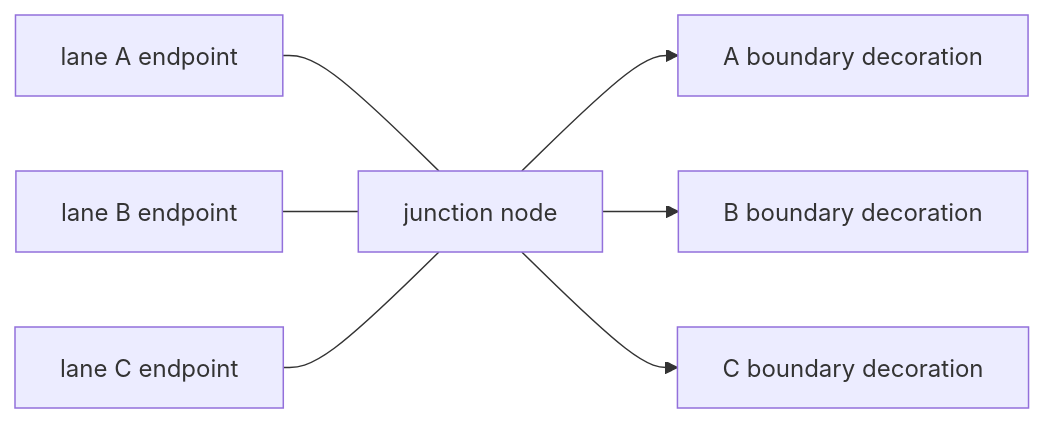
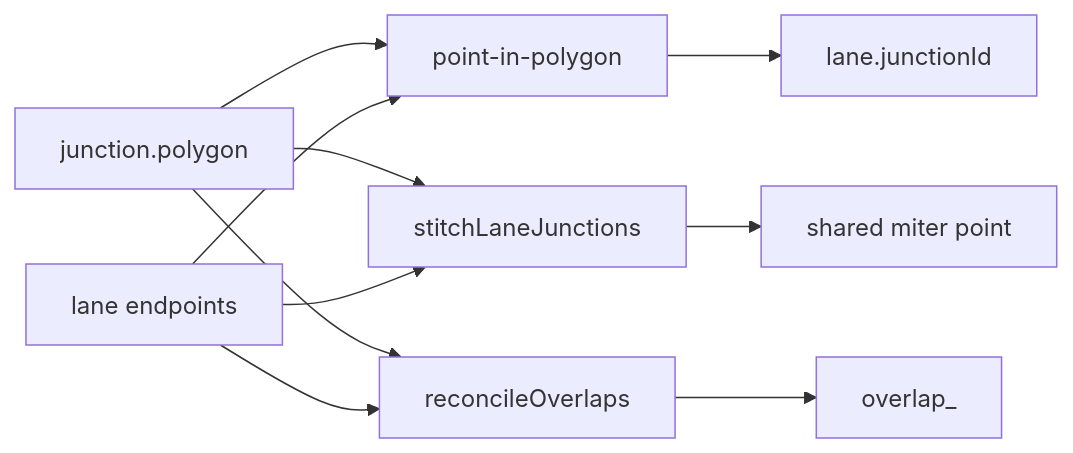
The first of 4 diagrams in docs/guide/topology-and-junctions.md (SakuraPuare/apollo-map-studio), drawn with Mermaid before and after one commit. The commit also changed other lines of this file and 414 other files, not shown here.

````diff
--- a/docs/guide/topology-and-junctions.md
+++ b/docs/guide/topology-and-junctions.md
@@ -133,9 +12,12 @@
 ```mermaid
-graph LR
-  L1[lane A endpoint] --- J1[junction node]
-  L2[lane B endpoint] --- J1
-  L3[lane C endpoint] --- J1
-  J1 --> Decor1[A boundary decoration]
-  J1 --> Decor2[B boundary decoration]
-  J1 --> Decor3[C boundary decoration]
+flowchart LR
+  Junction[junction.polygon] --> PIP[point-in-polygon]
+  Lane[lane endpoints] --> PIP
+  PIP --> JID[lane.junctionId]
+  Junction --> Stitch[stitchLaneJunctions]
+  Lane --> Stitch
+  Stitch --> Miter[shared miter point]
+  Junction --> Overlap[reconcileOverlaps]
+  Lane --> Overlap
+  Overlap --> OID[overlap_<sortedIds>]
 ```
````
